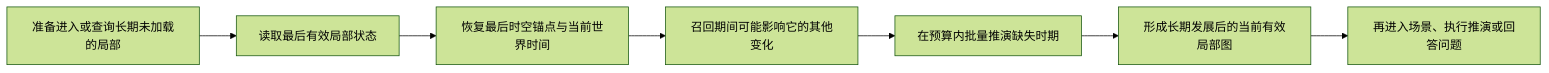
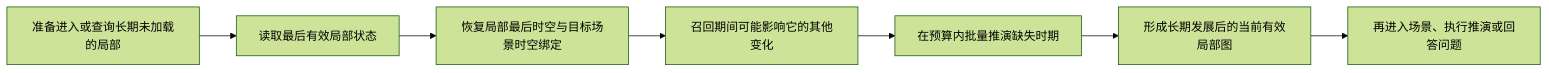
One commit to LastEmbryo2950618641/WorldSeed changed diagram 11 of 11 in docs/system-design.md. Above: the diagram before and after it, drawn with Mermaid (forest theme). The commit also changed other lines of this file and 124 other files, not shown here.

````diff
--- a/docs/system-design.md
+++ b/docs/system-design.md
@@ -1471,9 +1479,9 @@
 ```mermaid
 flowchart LR
     A["准备进入或查询长期未加载的局部"] --> B["读取最后有效局部状态"]
-    B --> C["恢复最后时空锚点与当前世界时间"]
+    B --> C["恢复局部最后时空与目标场景时空绑定"]
     C --> D["召回期间可能影响它的其他变化"]
     D --> E["在预算内批量推演缺失时期"]
     E --> F["形成长期发展后的当前有效局部图"]
     F --> G["再进入场景、执行推演或回答问题"]
 ```
````
